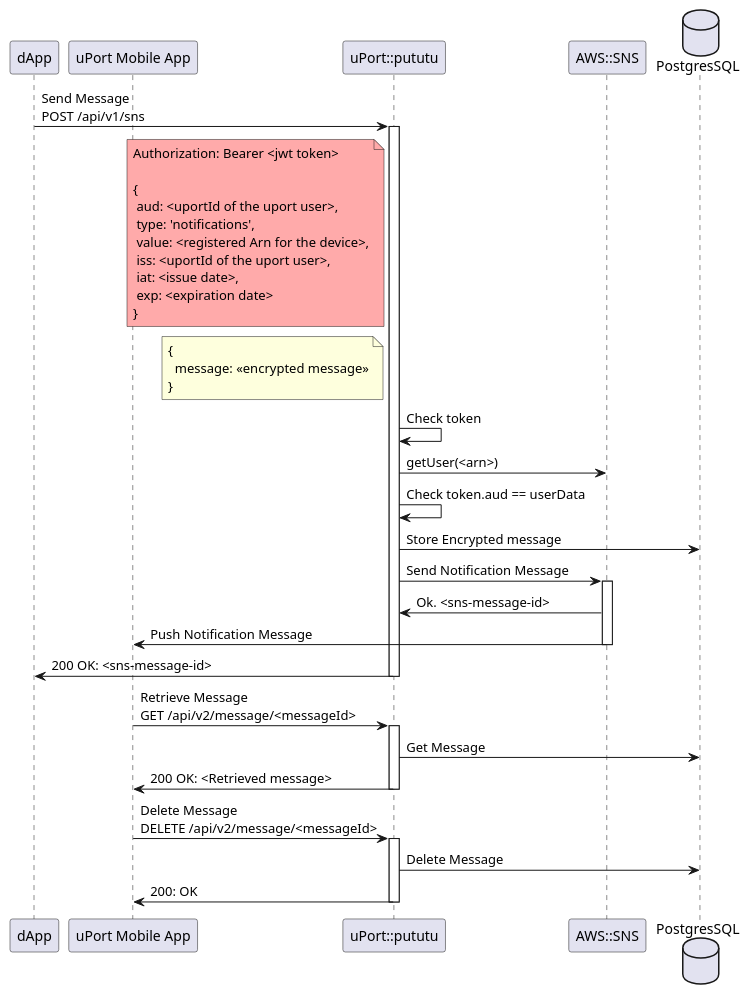
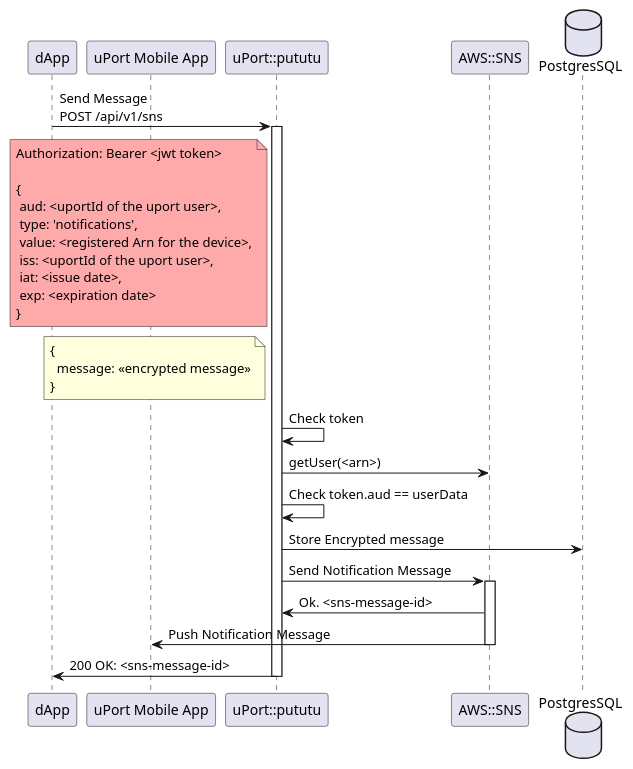
Before and after one commit to uport-project/pututu: the diagram in diagrams/puml/api-v2.sns.seq.puml, drawn with PlantUML. The commit also changed 6 other files, not shown here.

```diff
--- a/diagrams/puml/api-v2.sns.seq.puml
+++ b/diagrams/puml/api-v2.sns.seq.puml
@@ -1,59 +1,46 @@
 @startuml
 participant "dApp" as dApp
 participant "uPort Mobile App" as uPort
 participant "uPort::pututu" as pututu
 participant "AWS::SNS" as sns
 database "PostgresSQL" as db
 
 
 dApp -> pututu: Send Message\nPOST /api/v1/sns
 note left of pututu #FFAAAA
 Authorization: Bearer <jwt token>
 
 {
  aud: <uportId of the uport user>,
  type: 'notifications',
  value: <registered Arn for the device>,
  iss: <uportId of the uport user>,
  iat: <issue date>,
  exp: <expiration date>
 }
 end note
 note left of pututu
 {
   message: <<encrypted message>>
 }
 end note
 activate pututu
 
 
 pututu -> pututu: Check token
 pututu -> sns: getUser(<arn>)
 pututu -> pututu: Check token.aud == userData
 
 pututu -> db: Store Encrypted message
 
 pututu -> sns: Send Notification Message
 activate sns
 sns -> pututu: Ok. <sns-message-id>
 sns -> uPort: Push Notification Message
 deactivate sns
 
 dApp <- pututu: 200 OK: <sns-message-id>
 deactivate pututu
 
 
-uPort -> pututu: Retrieve Message\nGET /api/v2/message/<messageId>
-activate pututu
-pututu -> db: Get Message
-pututu -> uPort: 200 OK: <Retrieved message>
-deactivate pututu
-
-
-uPort -> pututu: Delete Message\nDELETE /api/v2/message/<messageId>
-activate pututu
-pututu -> db: Delete Message
-pututu -> uPort: 200: OK
-deactivate pututu
-
 @enduml
```
